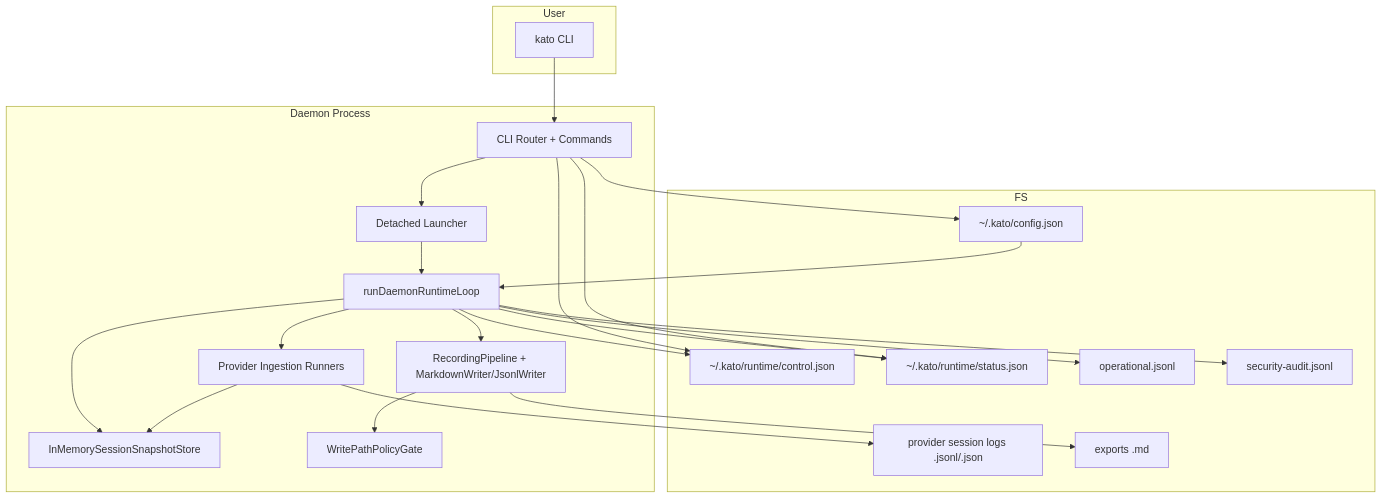
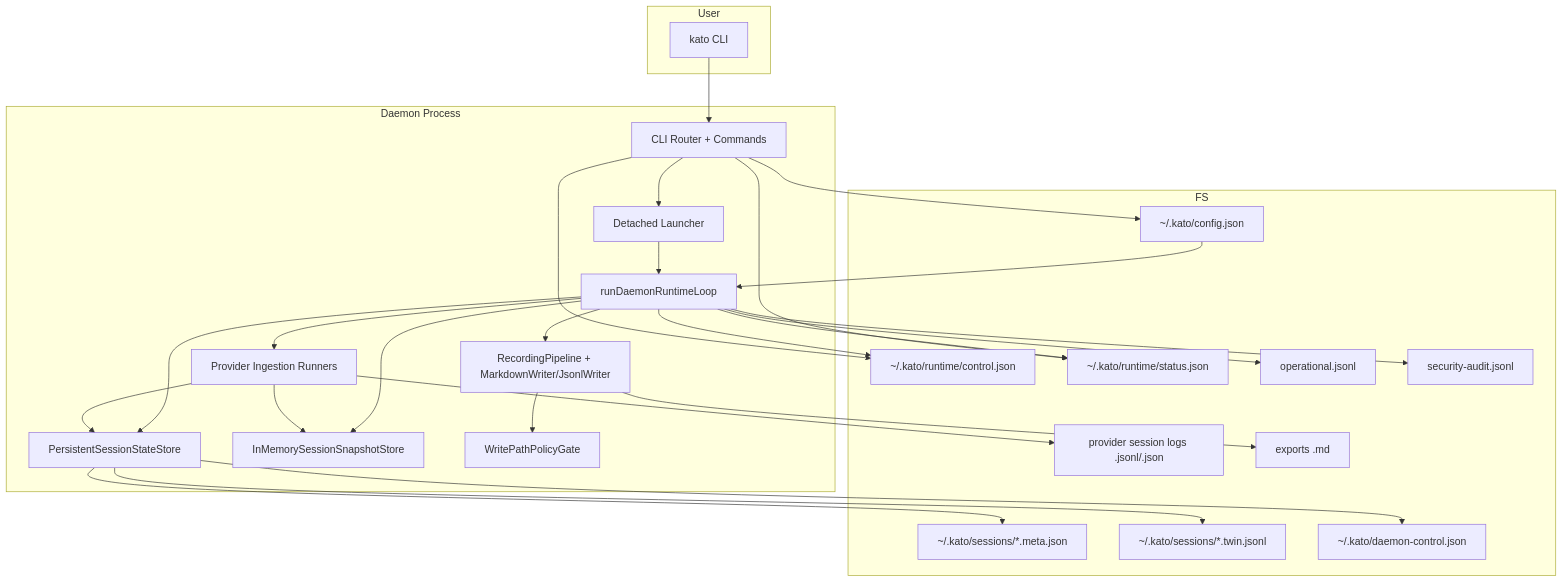
The diagram in dev-docs/notes/dev.codebase-overview.md (spectacular-voyage/kato), drawn with Mermaid before and after one commit. The commit also changed other lines of this file and 40 other files, not shown here.

Commit message:
feat(daemon): implement persistent session twin state

````diff
--- a/dev-docs/notes/dev.codebase-overview.md
+++ b/dev-docs/notes/dev.codebase-overview.md
@@ -57,49 +62,58 @@
 ```mermaid
 graph TD
   subgraph User
     CLI[kato CLI]
   end
 
   subgraph FS
     CONFIG[~/.kato/config.json]
     CONTROL[~/.kato/runtime/control.json]
     STATUS[~/.kato/runtime/status.json]
+    SESSIONMETA[~/.kato/sessions/*.meta.json]
+    SESSIONTWIN[~/.kato/sessions/*.twin.jsonl]
+    DCTRL[~/.kato/daemon-control.json]
     LOGS[provider session logs .jsonl/.json]
     OUTPUT[exports .md]
     OPLOG[operational.jsonl]
     AUDIT[security-audit.jsonl]
   end
 
   subgraph Daemon Process
     ROUTER[CLI Router + Commands]
     LAUNCHER[Detached Launcher]
     RUNTIME[runDaemonRuntimeLoop]
     INGEST[Provider Ingestion Runners]
+    PERSIST[PersistentSessionStateStore]
     SNAPSHOT[InMemorySessionSnapshotStore]
     WRITER[RecordingPipeline + MarkdownWriter/JsonlWriter]
     POLICY[WritePathPolicyGate]
   end
 
   CLI --> ROUTER
   ROUTER --> CONFIG
   ROUTER --> LAUNCHER
   ROUTER --> CONTROL
   ROUTER --> STATUS
 
   LAUNCHER --> RUNTIME
   CONFIG --> RUNTIME
 
   RUNTIME --> INGEST
   INGEST --> LOGS
+  INGEST --> PERSIST
   INGEST --> SNAPSHOT
 
   RUNTIME --> SNAPSHOT
+  RUNTIME --> PERSIST
   RUNTIME --> CONTROL
   RUNTIME --> STATUS
   RUNTIME --> WRITER
+  PERSIST --> SESSIONMETA
+  PERSIST --> SESSIONTWIN
+  PERSIST --> DCTRL
   WRITER --> POLICY
   WRITER --> OUTPUT
 
   RUNTIME --> OPLOG
   RUNTIME --> AUDIT
 ```
````
